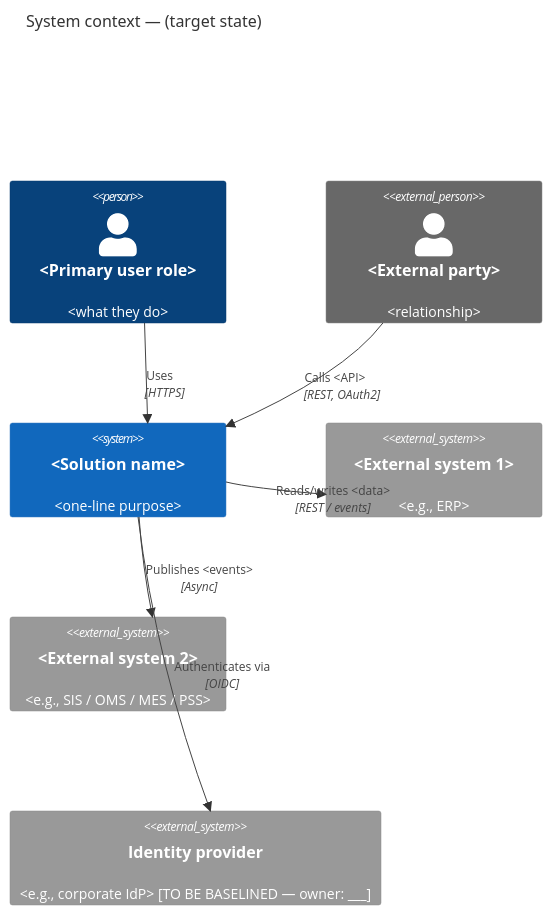
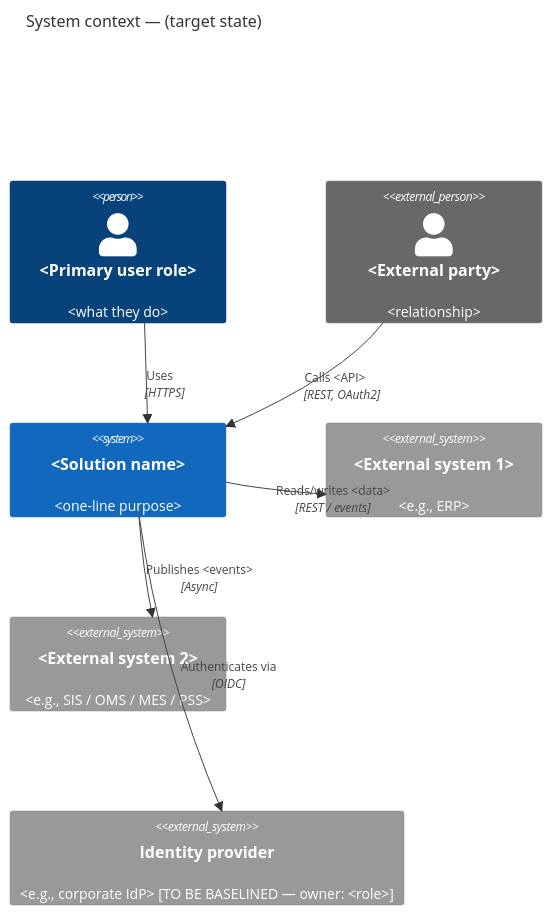
Before and after one commit to giritharanchockalingam/giri-skills: the first of 7 diagrams in skills/presales/solution-architecture-doc/assets/mermaid-c4-templates.md, drawn with Mermaid. The commit also changed other lines of this file and 31 other files, not shown here.

First line of the commit message:
runner: LLM steps must name an owner role on [TO BE BASELINED] markers

````diff
--- a/skills/presales/solution-architecture-doc/assets/mermaid-c4-templates.md
+++ b/skills/presales/solution-architecture-doc/assets/mermaid-c4-templates.md
@@ -6,16 +6,16 @@
 ```mermaid
 C4Context
   title System context — <Client> <Initiative> (target state)
   Person(user1, "<Primary user role>", "<what they do>")
   Person_Ext(partner1, "<External party>", "<relationship>")
   System(core, "<Solution name>", "<one-line purpose>")
   System_Ext(sys1, "<External system 1>", "<e.g., ERP>")
   System_Ext(sys2, "<External system 2>", "<e.g., SIS / OMS / MES / PSS>")
-  System_Ext(idp, "Identity provider", "<e.g., corporate IdP> [TO BE BASELINED — owner: ___]")
+  System_Ext(idp, "Identity provider", "<e.g., corporate IdP> [TO BE BASELINED — owner: <role>]")
   Rel(user1, core, "Uses", "HTTPS")
   Rel(core, sys1, "Reads/writes <data>", "REST / events")
   Rel(core, sys2, "Publishes <events>", "Async")
   Rel(partner1, core, "Calls <API>", "REST, OAuth2")
   Rel(core, idp, "Authenticates via", "OIDC")
   UpdateLayoutConfig($c4ShapeInRow="3", $c4BoundaryInRow="1")
 ```
````
